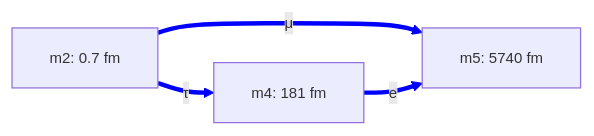
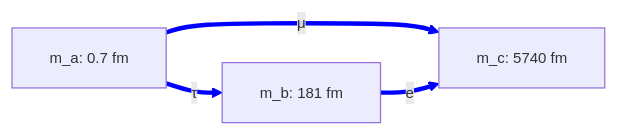
One commit to gotchoices/forma changed the first of 3 diagrams in projects/ma-domain/work/electron-configs.md. Above: the diagram before and after it, drawn with Mermaid. The commit also changed other lines of this file and 2 other files, not shown here.

Commit message:
Abstract dimensions used for each particle

````diff
--- a/projects/ma-domain/work/electron-configs.md
+++ b/projects/ma-domain/work/electron-configs.md
@@ -15,13 +15,13 @@
 ```mermaid
 %%{init: { "flowchart": { "nodeSpacing": 25, "rankSpacing": 40, "curve": "basis" }, "themeVariables": { "fontSize": "12px" } } }%%
 graph LR
-    m2[m2: 0.7 fm]
-    m4[m4: 181 fm]
-    m5[m5: 5740 fm]
+    ma[m_a: 0.7 fm]
+    mb[m_b: 181 fm]
+    mc[m_c: 5740 fm]
 
-    %% --- electron sector (blue, ring→tube into the larger dim) ---
-    m2 ==>|τ| m4
-    m2 ==>|μ| m5
-    m4 ==>|e| m5
+    %% --- electron sector (blue, ring→tube into the larger dim of each pair) ---
+    ma ==>|τ| mb
+    ma ==>|μ| mc
+    mb ==>|e| mc
     linkStyle 0,1,2 stroke:blue
 ```
````
